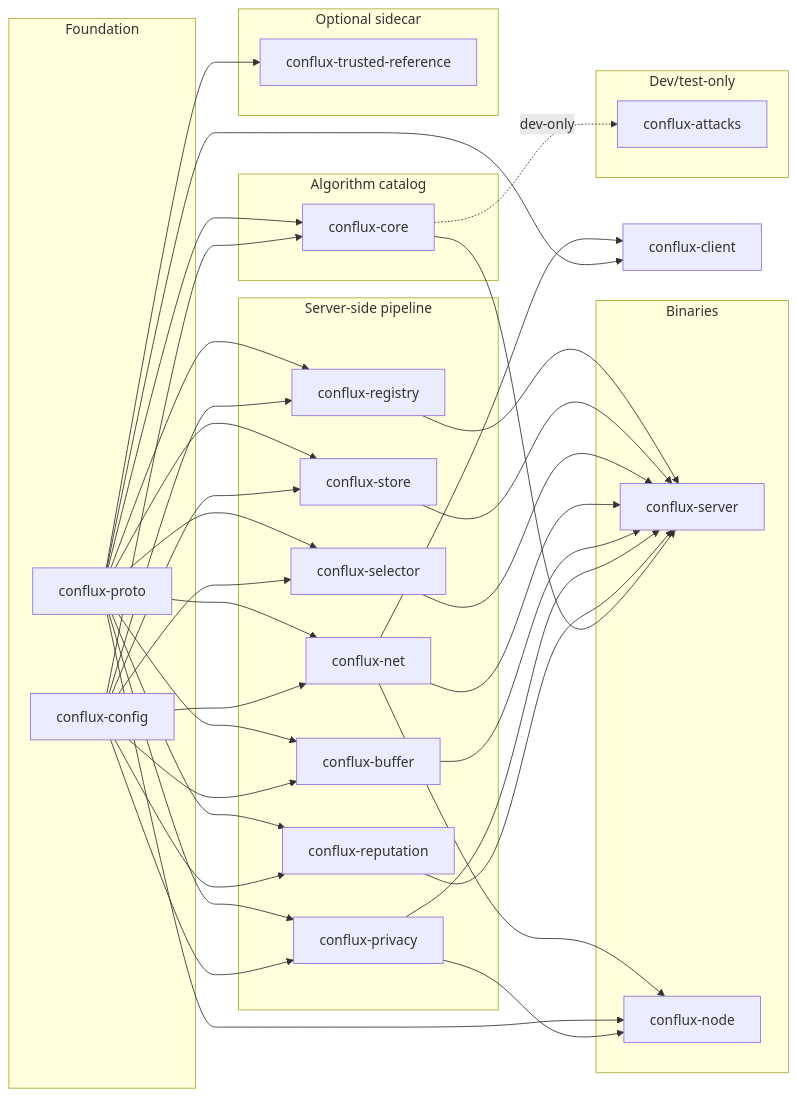
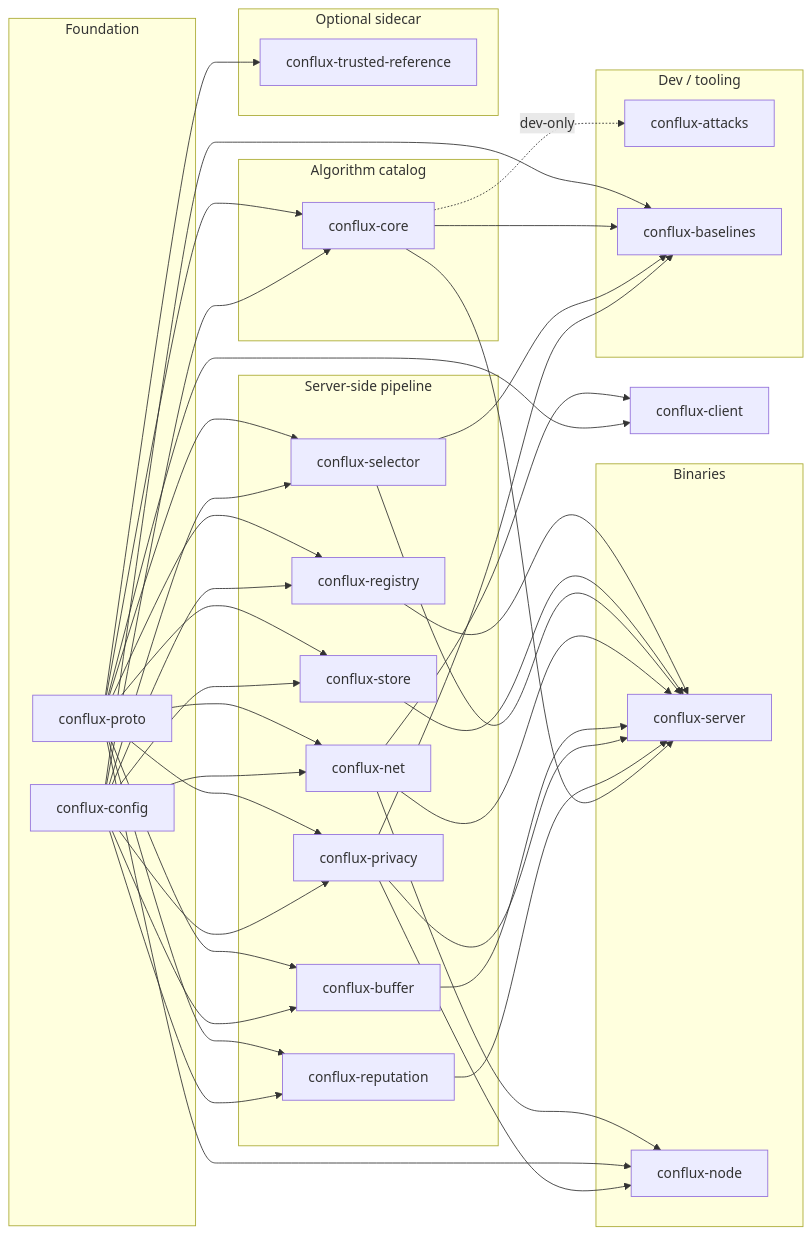
The diagram in README.md (conflux-fl/conflux-fl), drawn with Mermaid before and after one commit. The commit also changed other lines of this file and 27 other files, not shown here.

````diff
--- a/README.md
+++ b/README.md
@@ -109,36 +132,38 @@
 ```mermaid
 graph LR
  subgraph "Foundation"
  proto[conflux-proto]
  config[conflux-config]
  end
  subgraph "Server-side pipeline"
  registry[conflux-registry]
  store[conflux-store]
  selector[conflux-selector]
  net[conflux-net]
  buffer[conflux-buffer]
  privacy[conflux-privacy]
  reputation[conflux-reputation]
  end
  subgraph "Algorithm catalog"
  core[conflux-core]
  end
  subgraph "Binaries"
  server[conflux-server]
  node[conflux-node]
  end
- subgraph "Dev/test-only"
+ subgraph "Dev / tooling"
  attacks[conflux-attacks]
+ baselines[conflux-baselines]
  end
  subgraph "Optional sidecar"
  trusted[conflux-trusted-reference]
  end
  client[conflux-client]
  proto & config --> registry & store & selector & net & buffer & privacy & reputation & core
  registry & store & selector & net & buffer & privacy & reputation & core --> server
  net & proto & privacy --> node
  net & proto --> client
  proto --> trusted
  core -.dev-only.-> attacks
+ config & core & selector & privacy --> baselines
 ```
````
